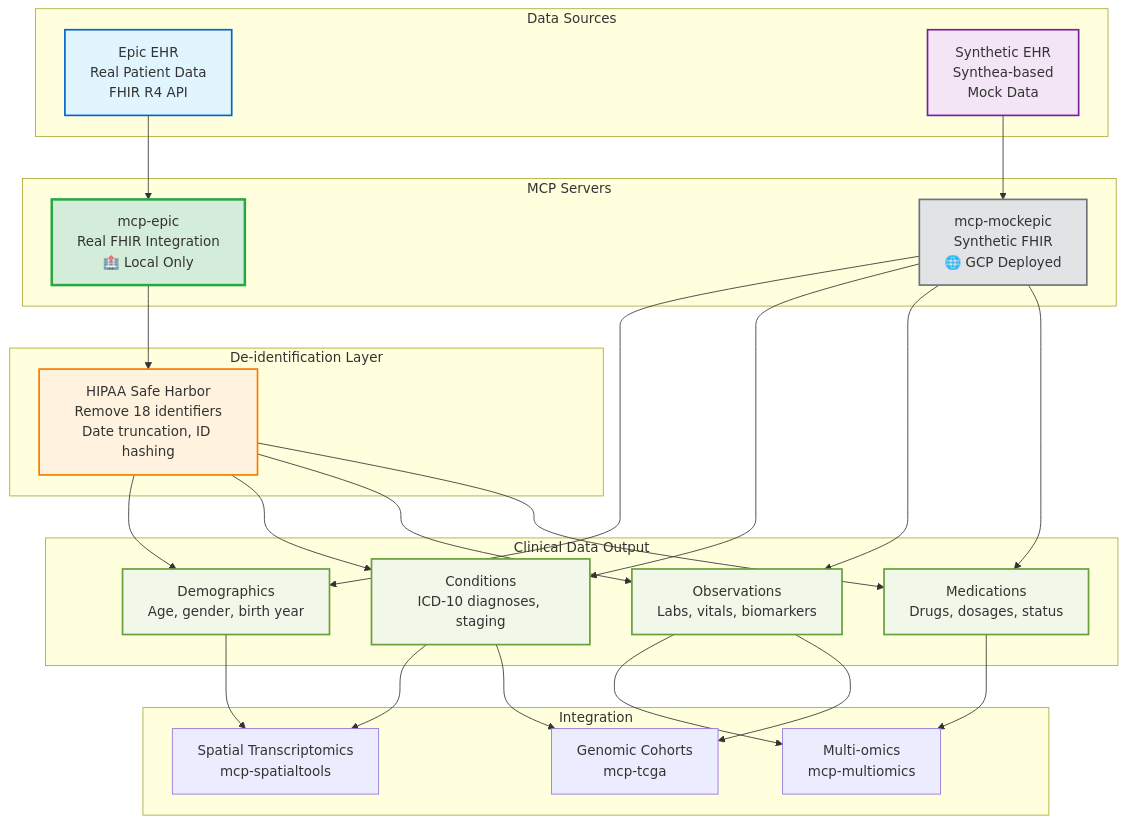
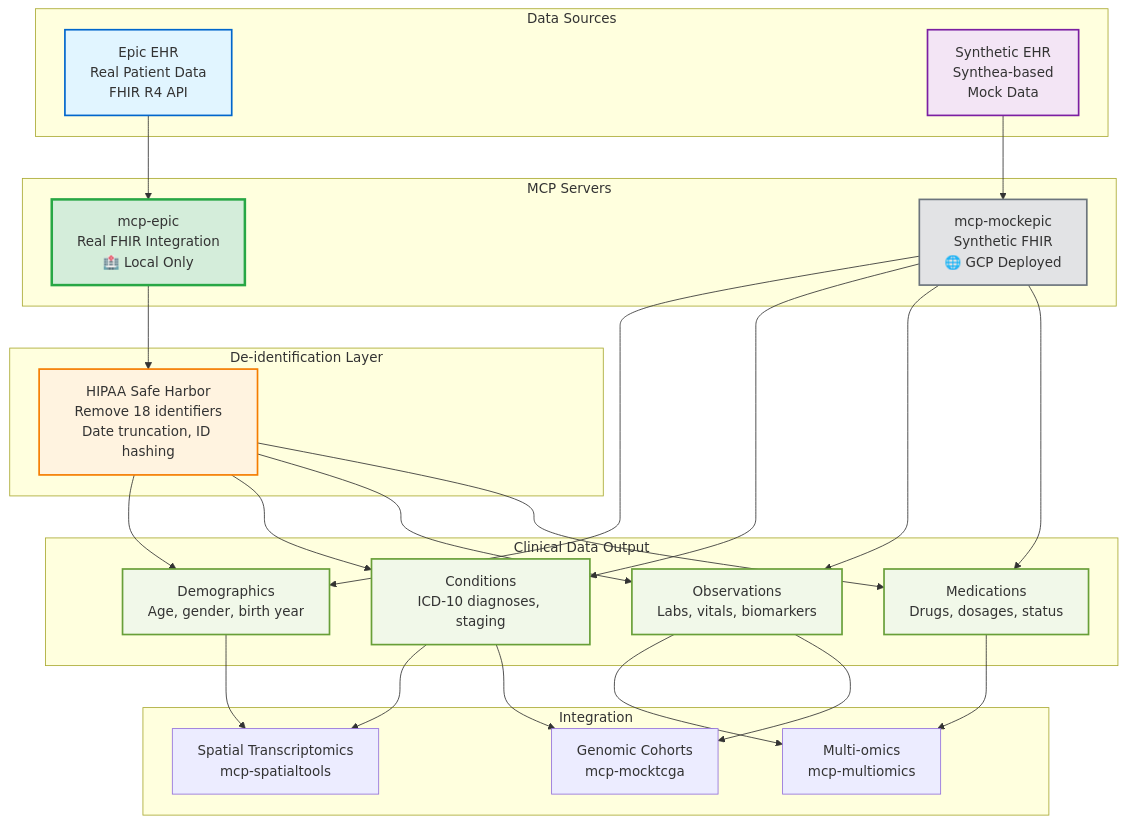
The diagram in docs/reference/architecture/clinical/ehr-integration.md (raymond301/precision-medicine-mcp), drawn with Mermaid before and after one commit. The commit also changed other lines of this file and 67 other files, not shown here.

````diff
--- a/docs/reference/architecture/clinical/ehr-integration.md
+++ b/docs/reference/architecture/clinical/ehr-integration.md
@@ -22,61 +22,61 @@
 ```mermaid
 graph TB
     subgraph "Data Sources"
         EPIC[Epic EHR<br/>Real Patient Data<br/>FHIR R4 API]
         SYNTH[Synthetic EHR<br/>Synthea-based<br/>Mock Data]
     end
 
     subgraph "MCP Servers"
         REALEPIC[mcp-epic<br/>Real FHIR Integration<br/>🏥 Local Only]
         MOCKEPIC[mcp-mockepic<br/>Synthetic FHIR<br/>🌐 GCP Deployed]
     end
 
     subgraph "De-identification Layer"
         DEIDENT[HIPAA Safe Harbor<br/>Remove 18 identifiers<br/>Date truncation, ID hashing]
     end
 
     subgraph "Clinical Data Output"
         DEMO[Demographics<br/>Age, gender, birth year]
         COND[Conditions<br/>ICD-10 diagnoses, staging]
         OBS[Observations<br/>Labs, vitals, biomarkers]
         MEDS[Medications<br/>Drugs, dosages, status]
     end
 
     subgraph "Integration"
         SPATIAL[Spatial Transcriptomics<br/>mcp-spatialtools]
         MULTI[Multi-omics<br/>mcp-multiomics]
-        TCGA[Genomic Cohorts<br/>mcp-tcga]
+        TCGA[Genomic Cohorts<br/>mcp-mocktcga]
     end
 
     EPIC --> REALEPIC
     SYNTH --> MOCKEPIC
 
     REALEPIC --> DEIDENT
     DEIDENT --> DEMO
     DEIDENT --> COND
     DEIDENT --> OBS
     DEIDENT --> MEDS
 
     MOCKEPIC --> DEMO
     MOCKEPIC --> COND
     MOCKEPIC --> OBS
     MOCKEPIC --> MEDS
 
     DEMO --> SPATIAL
     COND --> SPATIAL
     OBS --> MULTI
     MEDS --> MULTI
 
     COND --> TCGA
     OBS --> TCGA
 
     style EPIC fill:#e1f5ff,stroke:#0066cc,stroke-width:2px
     style SYNTH fill:#f3e5f5,stroke:#7b1fa2,stroke-width:2px
     style REALEPIC fill:#d4edda,stroke:#28a745,stroke-width:3px
     style MOCKEPIC fill:#e2e3e5,stroke:#6c757d,stroke-width:2px
     style DEIDENT fill:#fff3e0,stroke:#f57c00,stroke-width:2px
     style DEMO fill:#f1f8e9,stroke:#689f38,stroke-width:2px
     style COND fill:#f1f8e9,stroke:#689f38,stroke-width:2px
     style OBS fill:#f1f8e9,stroke:#689f38,stroke-width:2px
     style MEDS fill:#f1f8e9,stroke:#689f38,stroke-width:2px
 ```
````
